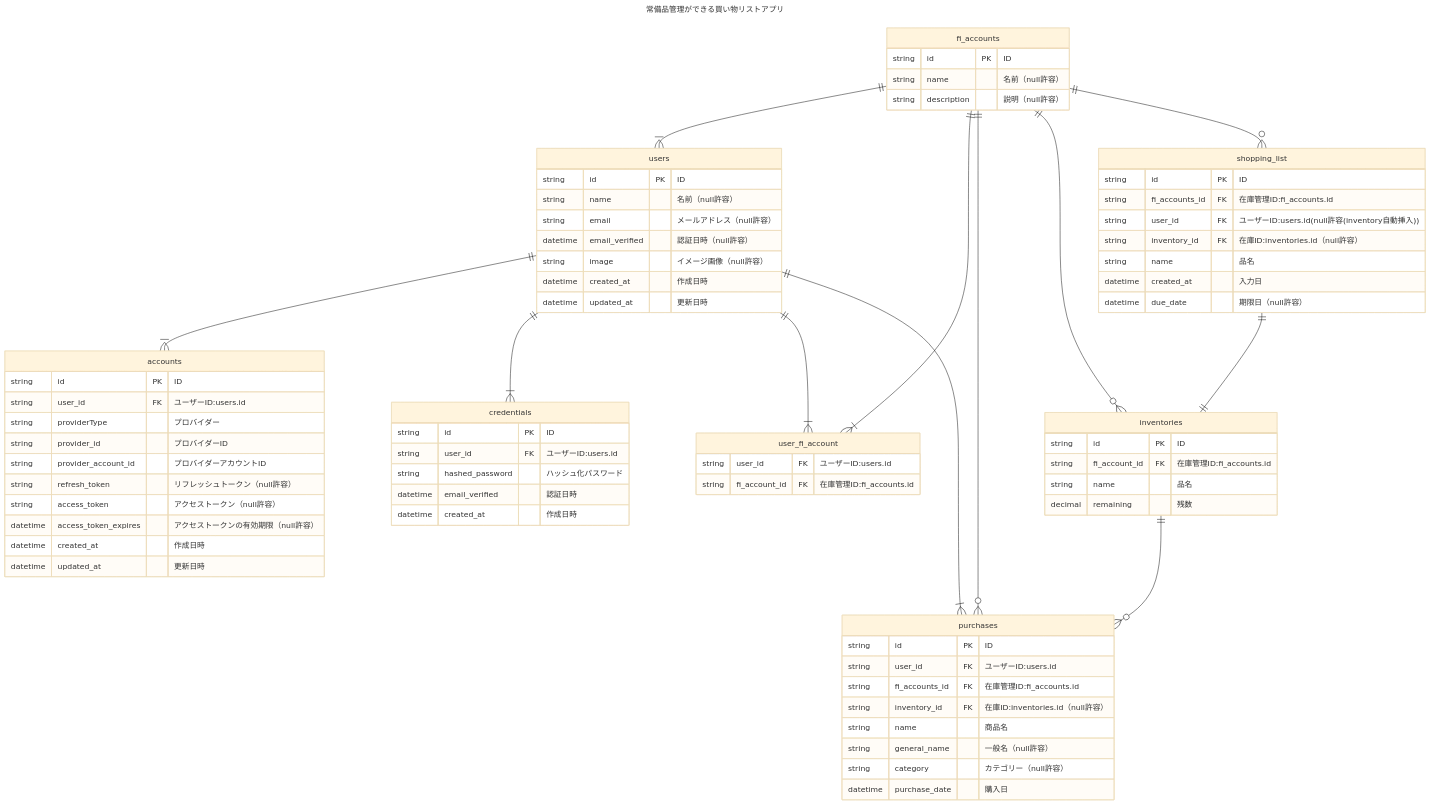
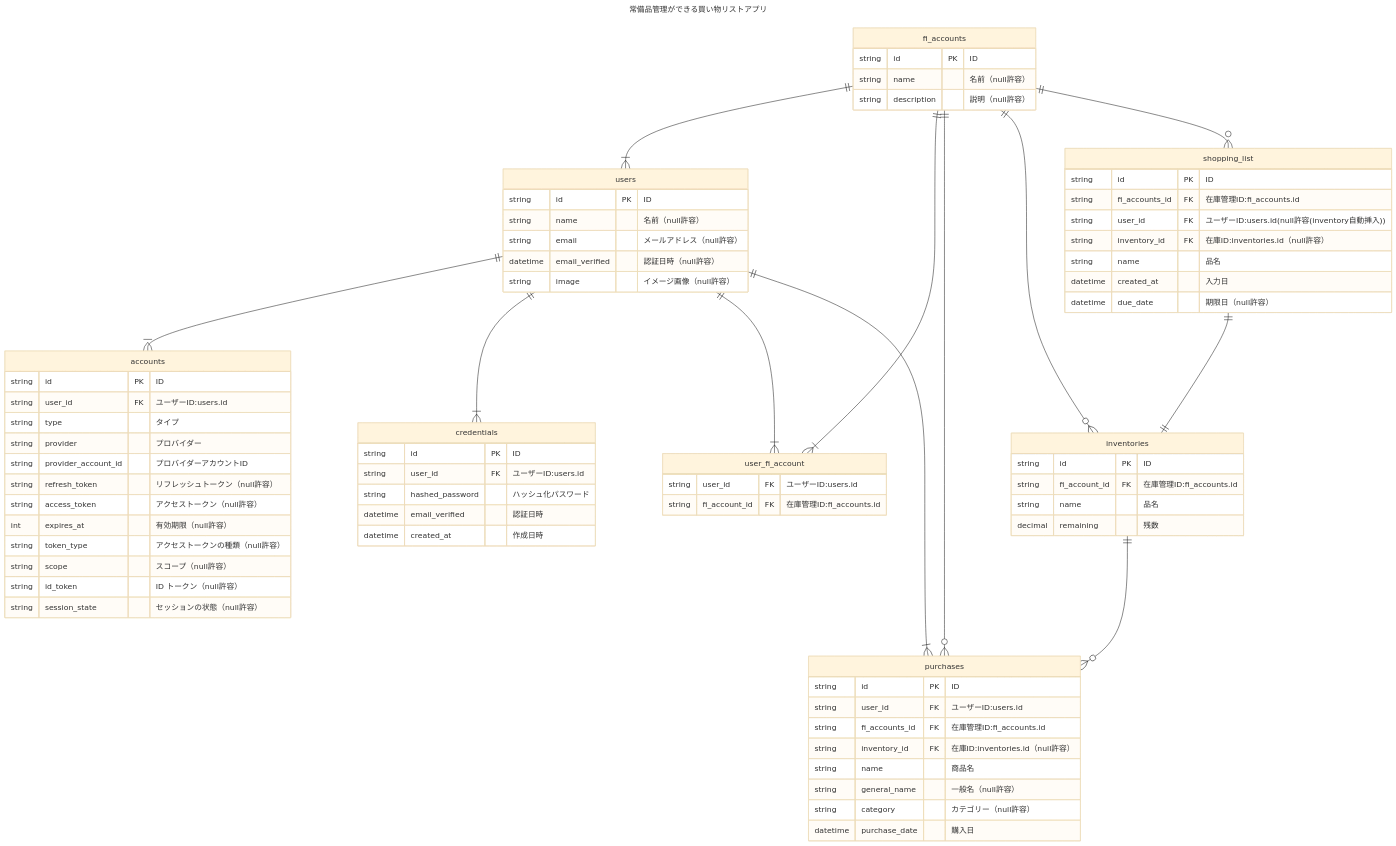
One commit to kurutto/fridge-inventory changed the diagram in doc/fridge-inventory.md. Above: the diagram before and after it, drawn with Mermaid (base theme).

Commit message:
NextAuthのテーブルをhttps://authjs.dev/getting-started/adapters/prisma?framework=next-js合わせに

````diff
--- a/doc/fridge-inventory.md
+++ b/doc/fridge-inventory.md
@@ -5,81 +5,81 @@
 ```mermaid
 ---
 title: "常備品管理ができる買い物リストアプリ"
 ---
 erDiagram
 
     users ||--|{ accounts : ""
     users ||--|{ credentials : ""
     fi_accounts ||--|{ users : ""
     users ||--|{ user_fi_account : ""
     fi_accounts ||--|{ user_fi_account : ""
     inventories ||--o{ purchases : ""
     users ||--|{ purchases : ""
     fi_accounts ||--o{ purchases : ""
     fi_accounts ||--o{ inventories : ""
     fi_accounts ||--o{ shopping_list : ""
     shopping_list ||--|| inventories : ""
 
     accounts {
         string id PK "ID"
         string user_id FK "ユーザーID:users.id"
-        string providerType "プロバイダー"
-        string provider_id "プロバイダーID"
+        string type "タイプ"
+        string provider "プロバイダー"
         string provider_account_id "プロバイダーアカウントID"
         string refresh_token "リフレッシュトークン（null許容）"
         string access_token "アクセストークン（null許容）"
-        datetime access_token_expires "アクセストークンの有効期限（null許容）"
-        datetime created_at "作成日時"
-        datetime updated_at "更新日時"
+        int expires_at "有効期限（null許容）"
+        string token_type "アクセストークンの種類（null許容）"
+        string scope "スコープ（null許容）"
+        string id_token "ID トークン（null許容）"
+        string session_state "セッションの状態（null許容）"
     }
     users {
         string id PK "ID"
         string name "名前（null許容）"
         string email "メールアドレス（null許容）"
         datetime email_verified "認証日時（null許容）"
         string image "イメージ画像（null許容）"
-        datetime created_at "作成日時"
-        datetime updated_at "更新日時"
     }
     credentials{
         string id PK "ID"
         string user_id FK "ユーザーID:users.id"
         string hashed_password "ハッシュ化パスワード"
         datetime email_verified "認証日時"
         datetime created_at "作成日時"
     }
     user_fi_account{
         string user_id FK "ユーザーID:users.id"
         string fi_account_id FK "在庫管理ID:fi_accounts.id"
     }
     fi_accounts {
         string id PK "ID"
         string name "名前（null許容）"
         string description "説明（null許容）"
     }
     inventories {
         string id PK "ID"
         string fi_account_id FK "在庫管理ID:fi_accounts.id"
         string name "品名"
         decimal remaining "残数"
     }
     purchases {
         string id PK "ID"
         string user_id FK "ユーザーID:users.id"
         string fi_accounts_id FK "在庫管理ID:fi_accounts.id"
         string inventory_id FK "在庫ID:inventories.id（null許容）"
         string name "商品名"
         string general_name "一般名（null許容）"
         string category "カテゴリー（null許容）"
         datetime purchase_date "購入日"
     }
     shopping_list {
         string id PK "ID"
         string fi_accounts_id FK "在庫管理ID:fi_accounts.id"
         string user_id FK "ユーザーID:users.id(null許容(inventory自動挿入))"
         string inventory_id FK "在庫ID:inventories.id（null許容）"
         string name "品名"
         datetime created_at "入力日"
         datetime due_date "期限日（null許容）"
     }
 ```
````
